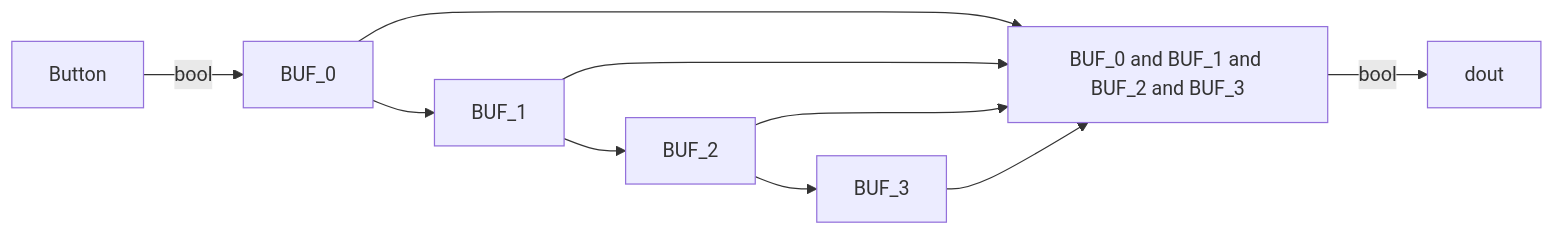
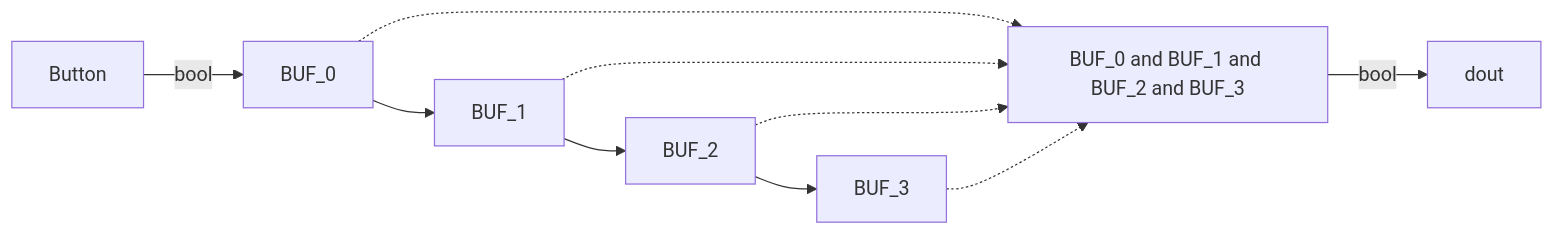
One commit to kamiyaowl/blog changed the second of 2 diagrams in _posts/2019-03-28-chisel-bf-2.md. Above: the diagram before and after it, drawn with Mermaid. The commit also changed other lines of this file, not shown here.

Commit message:
図の線を種類分けした

```diff
--- a/_posts/2019-03-28-chisel-bf-2.md
+++ b/_posts/2019-03-28-chisel-bf-2.md
@@ -86,12 +86,12 @@
 <div class="mermaid">
 graph LR
     Button -- bool -->BUF_0
     BUF_0 --> BUF_1
     BUF_1 --> BUF_2
     BUF_2 --> BUF_3
-    BUF_0 --> assign
-    BUF_1 --> assign
-    BUF_2 --> assign
-    BUF_3 --> assign
+    BUF_0 -.-> assign
+    BUF_1 -.-> assign
+    BUF_2 -.-> assign
+    BUF_3 -.-> assign
     assign["BUF_0 and BUF_1 and BUF_2 and BUF_3"] -- bool -->dout
 </div>
```
